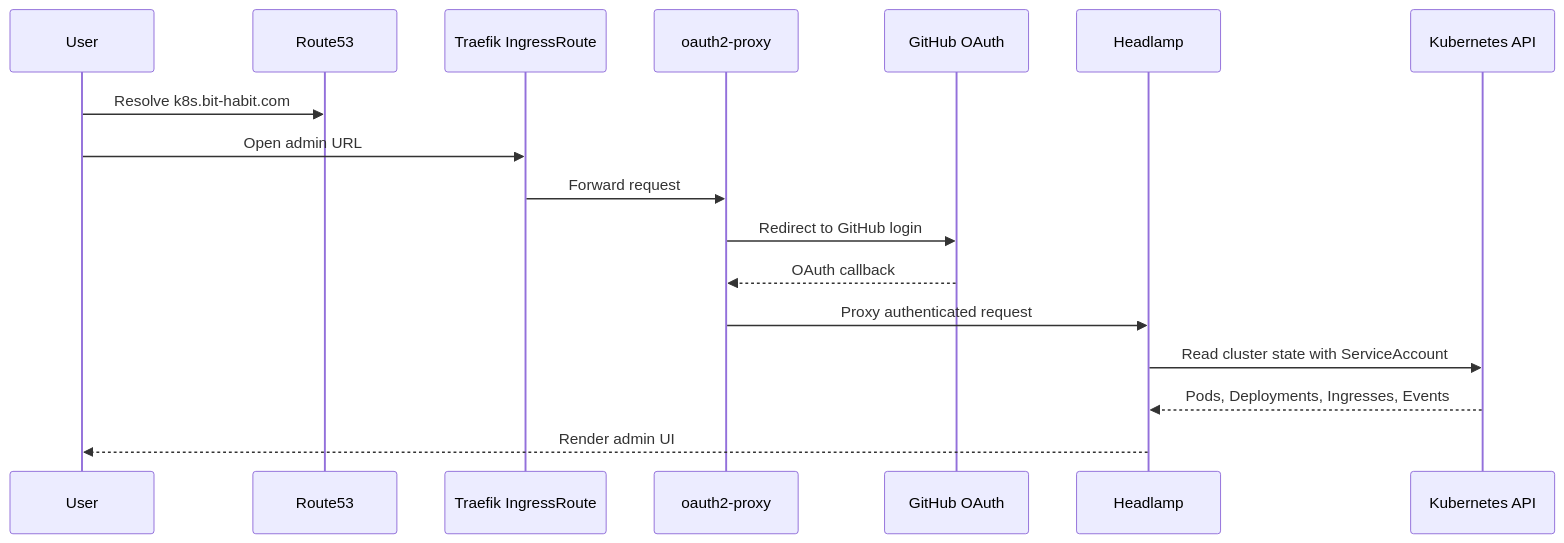
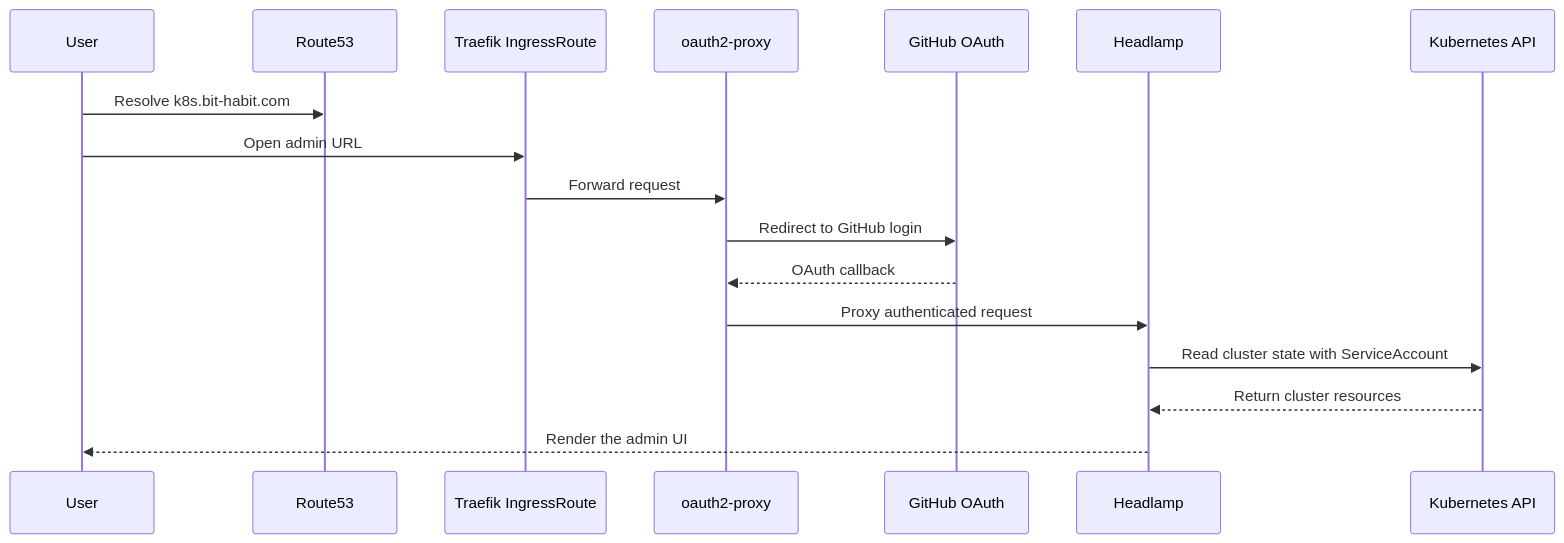
The sixth of 6 diagrams in README.md (bookseal/bit-habit-infra), drawn with Mermaid before and after one commit. The commit also changed other lines of this file and 10 other files, not shown here.

````diff
--- a/README.md
+++ b/README.md
@@ -311,20 +309,20 @@
 ```mermaid
 sequenceDiagram
     participant U as User
     participant R as Route53
     participant T as Traefik IngressRoute
     participant O as oauth2-proxy
     participant G as GitHub OAuth
     participant H as Headlamp
     participant K as Kubernetes API
 
     U->>R: Resolve k8s.bit-habit.com
     U->>T: Open admin URL
     T->>O: Forward request
     O->>G: Redirect to GitHub login
     G-->>O: OAuth callback
     O->>H: Proxy authenticated request
     H->>K: Read cluster state with ServiceAccount
-    K-->>H: Pods, Deployments, Ingresses, Events
-    H-->>U: Render admin UI
+    K-->>H: Return cluster resources
+    H-->>U: Render the admin UI
 ```
````
